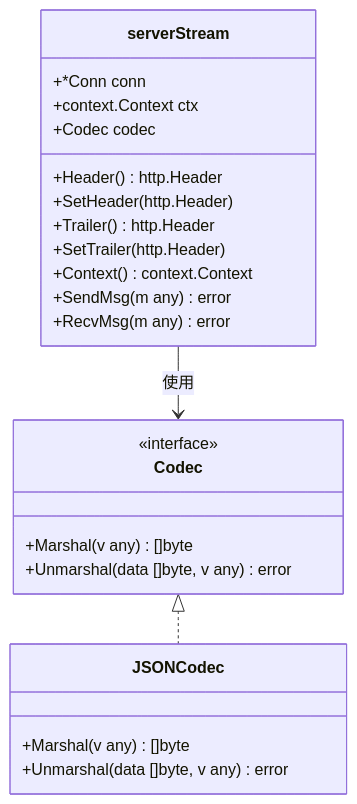
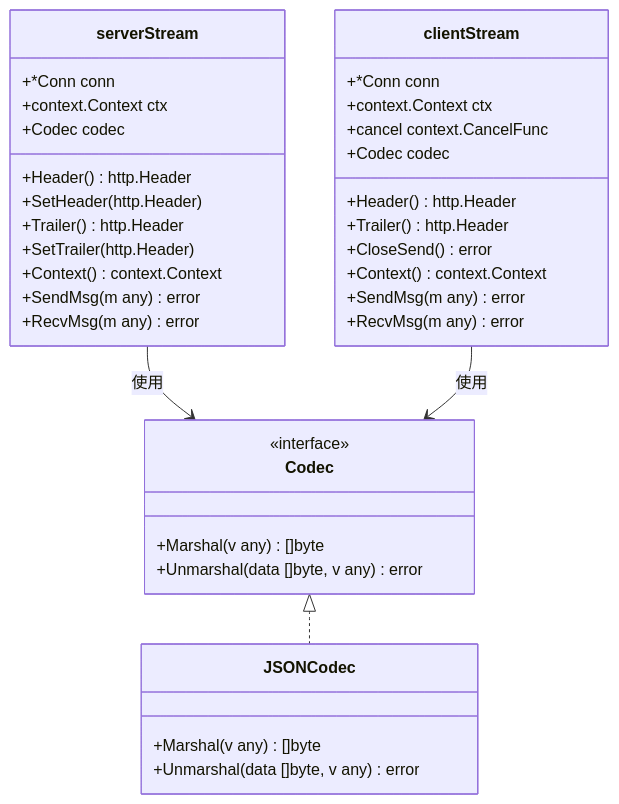
Before and after one commit to soyacen/goose: the fourth of 15 diagrams in .agents/repowiki/zh/content/示例和最佳实践/WebSocket流式系统.md, drawn with Mermaid. The commit also changed other lines of this file and 5 other files, not shown here.

````diff
--- a/.agents/repowiki/zh/content/示例和最佳实践/WebSocket流式系统.md
+++ b/.agents/repowiki/zh/content/示例和最佳实践/WebSocket流式系统.md
@@ -219,26 +223,39 @@
 ```mermaid
 classDiagram
 class Codec {
 <<interface>>
 +Marshal(v any) []byte
 +Unmarshal(data []byte, v any) error
 }
 class JSONCodec {
 +Marshal(v any) []byte
 +Unmarshal(data []byte, v any) error
 }
 class serverStream {
 +*Conn conn
 +context.Context ctx
 +Codec codec
 +Header() http.Header
 +SetHeader(http.Header)
 +Trailer() http.Header
 +SetTrailer(http.Header)
 +Context() context.Context
 +SendMsg(m any) error
 +RecvMsg(m any) error
 }
+class clientStream {
++*Conn conn
++context.Context ctx
++cancel context.CancelFunc
++Codec codec
++Header() http.Header
++Trailer() http.Header
++CloseSend() error
++Context() context.Context
++SendMsg(m any) error
++RecvMsg(m any) error
+}
 Codec <|.. JSONCodec
 serverStream --> Codec : 使用
+clientStream --> Codec : 使用
 ```
````
